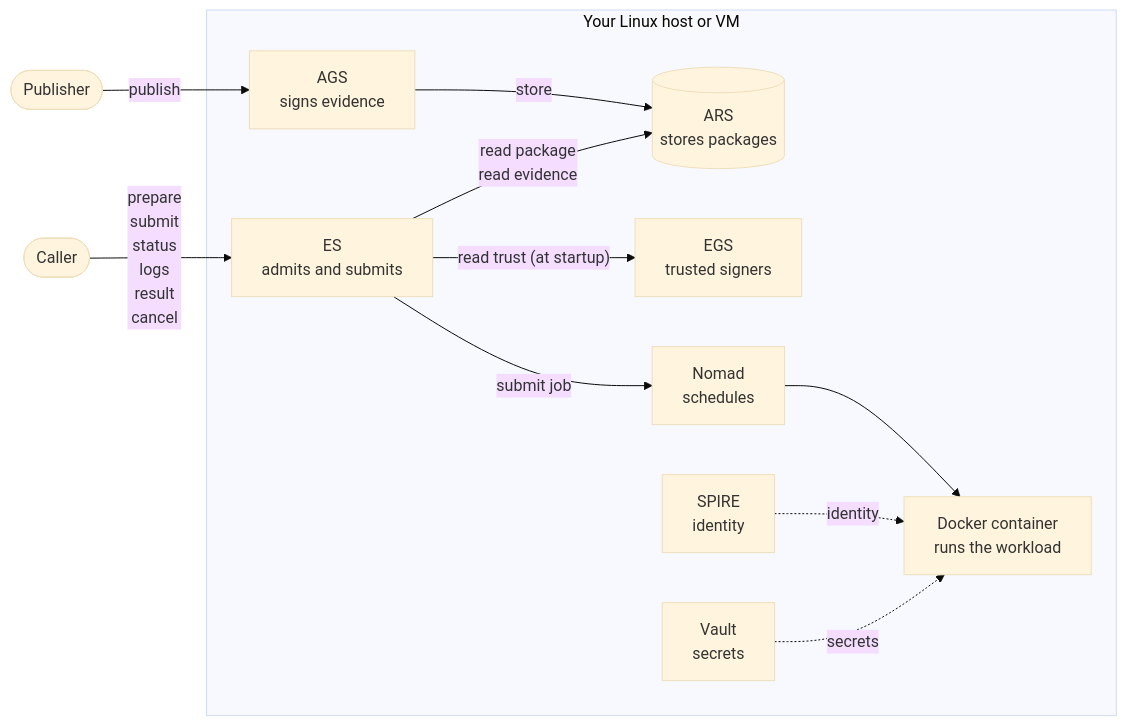
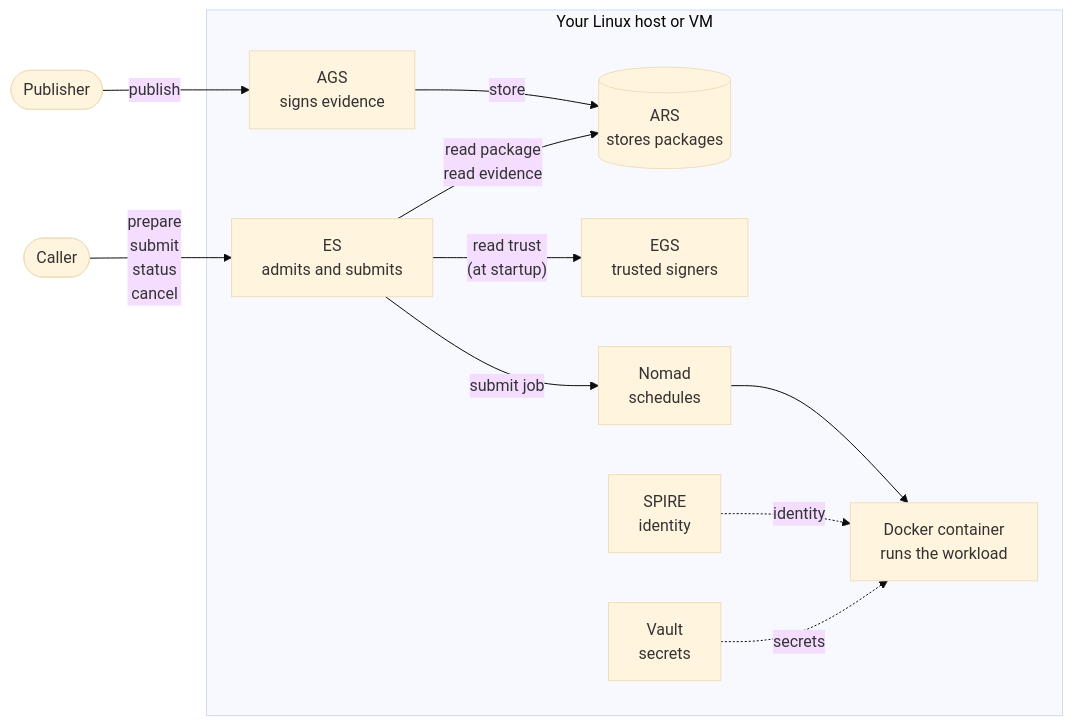
The diagram in README.md (evo-agi/Execution-Substrate), drawn with Mermaid (base theme) before and after one commit.

````diff
--- a/README.md
+++ b/README.md
@@ -14,26 +14,26 @@
 ```mermaid
 flowchart LR
     Publisher(["Publisher"])
     Caller(["Caller"])
 
     subgraph Host["Your Linux host or VM"]
         AGS["AGS<br/>signs evidence"]
         ES["ES<br/>admits and submits"]
         ARS[("ARS<br/>stores packages")]
         EGS["EGS<br/>trusted signers"]
         Nomad["Nomad<br/>schedules"]
         SPIRE["SPIRE<br/>identity"]
         Vault["Vault<br/>secrets"]
         Task["Docker container<br/>runs the workload"]
     end
 
     Publisher -->|"publish"| AGS
     AGS -->|"store"| ARS
-    Caller -->|"prepare<br/>submit<br/>status<br/>logs<br/>result<br/>cancel"| ES
+    Caller -->|"prepare<br/>submit<br/>status<br/>cancel"| ES
     ES -->|"read package<br/>read evidence"| ARS
-    ES -->|"read trust (at startup)"| EGS
+    ES -->|"read trust<br/>(at startup)"| EGS
     ES -->|"submit job"| Nomad
     Nomad --> Task
     SPIRE -.->|"identity"| Task
     Vault -.->|"secrets"| Task
 ```
````
